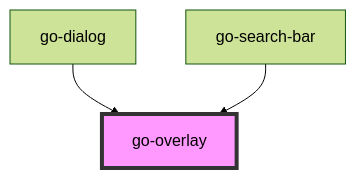
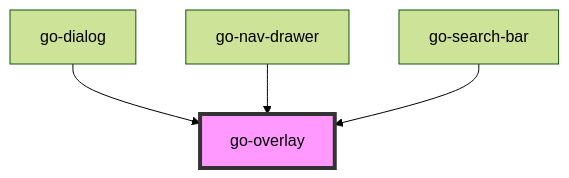
One commit to getgoui/go-ui changed the diagram in src/components/go-overlay/readme.md. Above: the diagram before and after it, drawn with Mermaid (forest theme). The commit also changed other lines of this file and 11 other files, not shown here.

````diff
--- a/src/components/go-overlay/readme.md
+++ b/src/components/go-overlay/readme.md
@@ -54,6 +55,7 @@
 ```mermaid
 graph TD;
   go-dialog --> go-overlay
+  go-nav-drawer --> go-overlay
   go-search-bar --> go-overlay
   style go-overlay fill:#f9f,stroke:#333,stroke-width:4px
 ```
````
